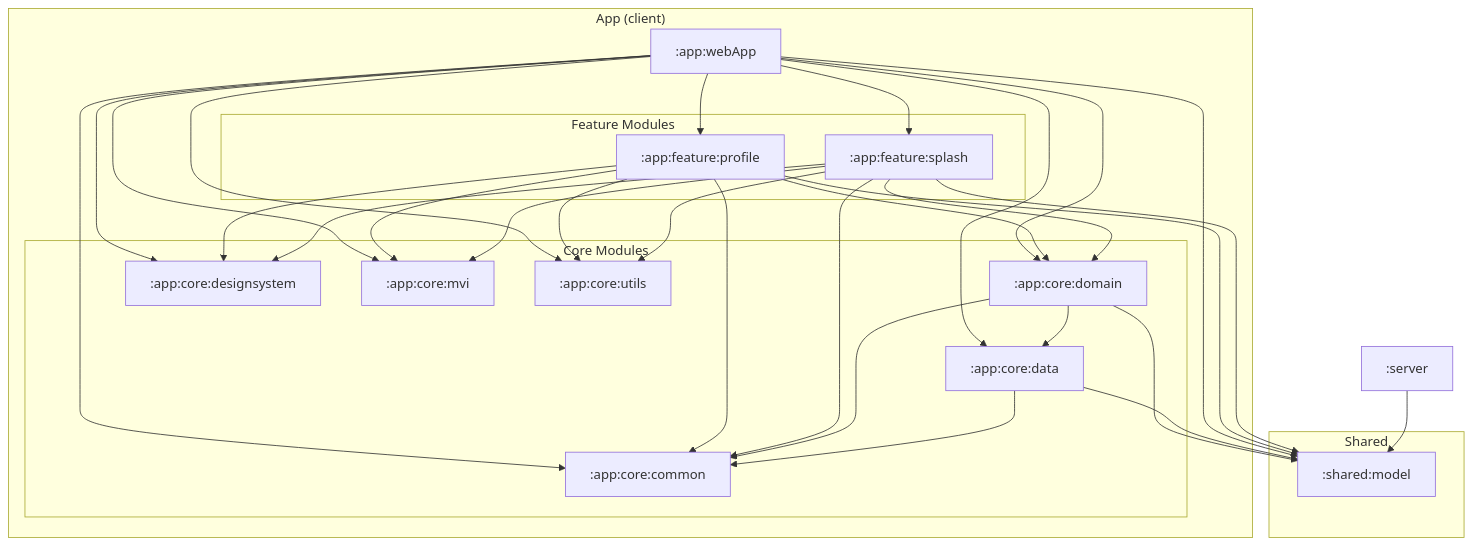
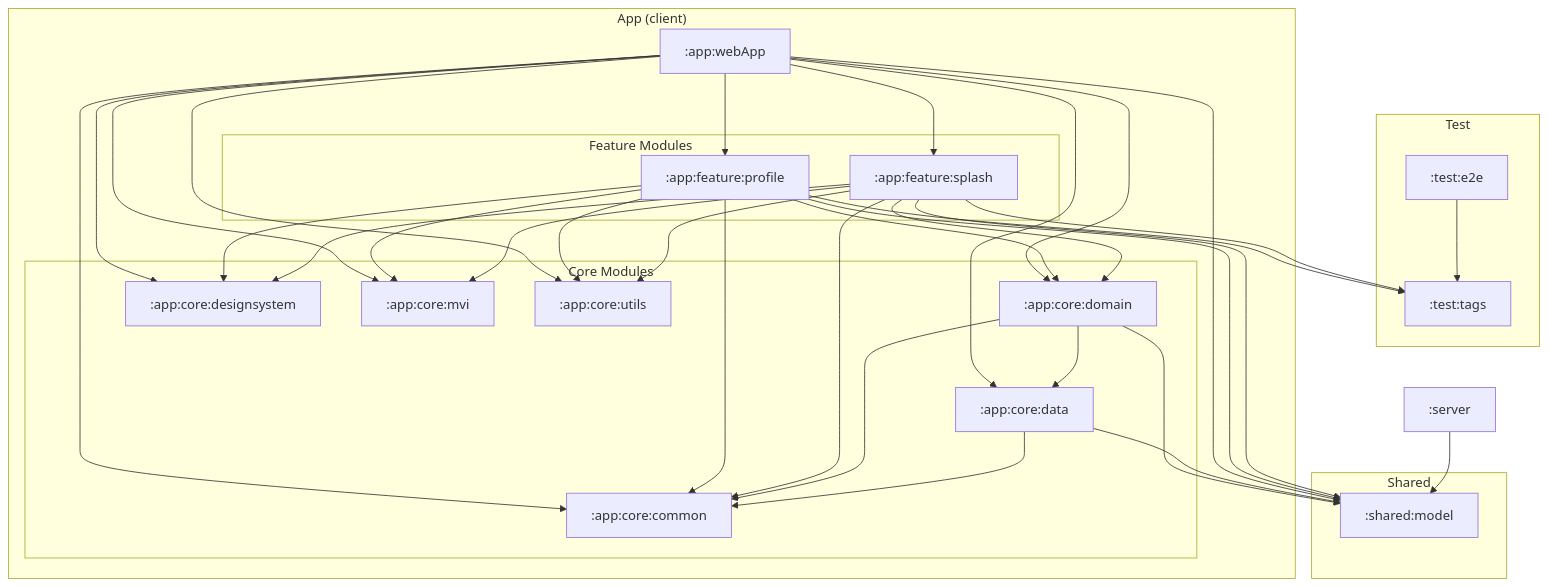
Before and after one commit to kei-1111/kei-1111.github.io: the diagram in docs/ModuleOverview.md, drawn with Mermaid. The commit also changed other lines of this file and 6 other files, not shown here.

````diff
--- a/docs/ModuleOverview.md
+++ b/docs/ModuleOverview.md
@@ -11,36 +11,43 @@
 ```mermaid
 flowchart TB
     subgraph "Shared"
         model[":shared:model"]
+    end
+
+    subgraph "Test"
+        testTags[":test:tags"]
+        testE2e[":test:e2e"]
     end
 
     server[":server"]
 
     subgraph "App (client)"
         webApp[":app:webApp"]
 
         subgraph "Feature Modules"
             profile[":app:feature:profile"]
             splash[":app:feature:splash"]
         end
 
         subgraph "Core Modules"
             domain[":app:core:domain"]
             data[":app:core:data"]
             designsystem[":app:core:designsystem"]
             mvi[":app:core:mvi"]
             common[":app:core:common"]
             utils[":app:core:utils"]
         end
     end
 
     webApp --> profile & splash
     webApp --> common & data & designsystem & domain & mvi & utils & model
 
-    profile & splash --> common & designsystem & domain & mvi & utils & model
+    profile & splash --> common & designsystem & domain & mvi & utils & model & testTags
 
     domain --> common & data & model
     data --> common & model
 
     server --> model
+
+    testE2e --> testTags
 ```
````
